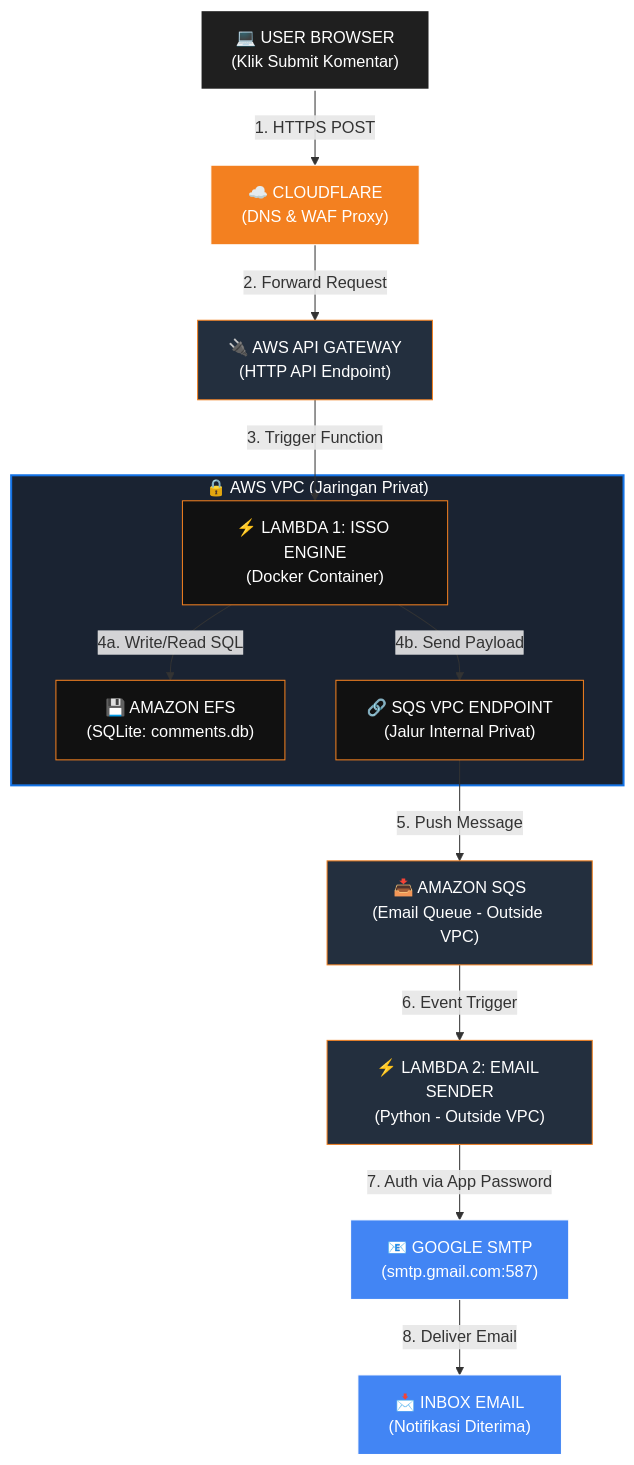
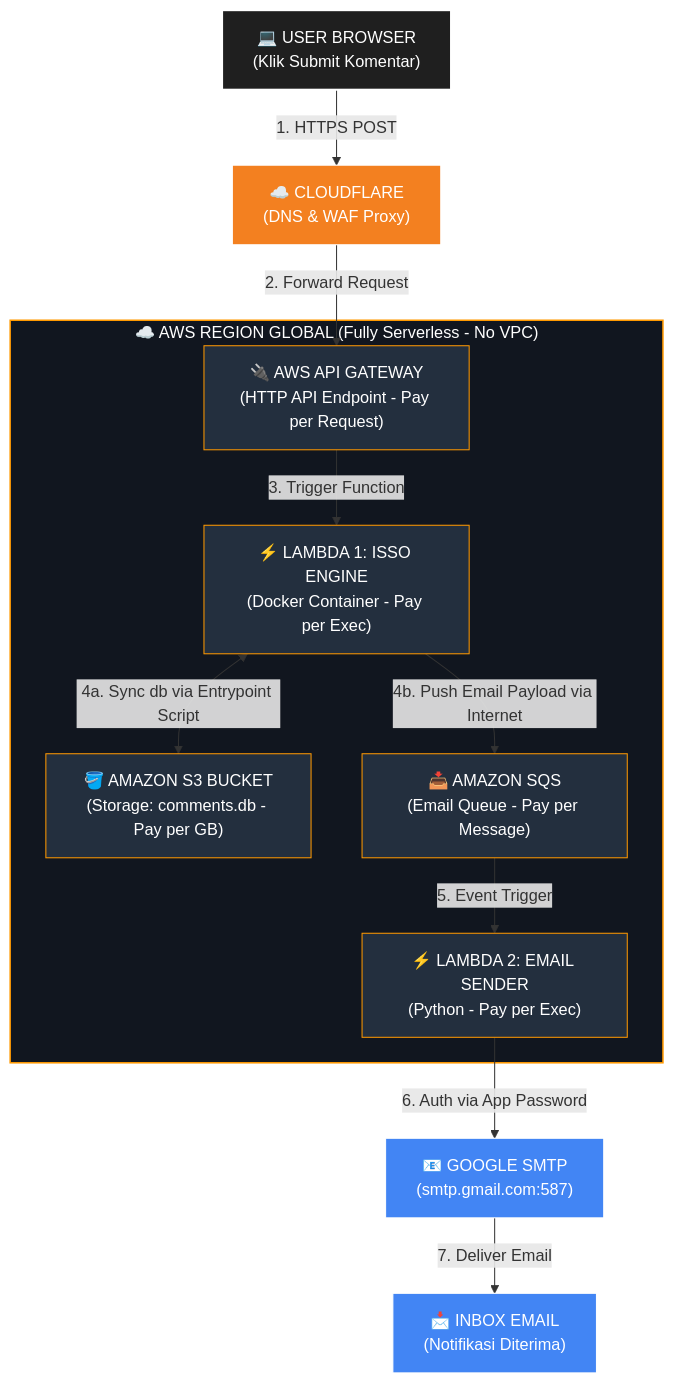
Before and after one commit to AdienDendra/architect-web: the diagram in content.id/projects/web-isso-comment-lambda.md, drawn with Mermaid. The commit also changed 2 other files, not shown here.

Commit message:
update issowip

```diff
--- a/content.id/projects/web-isso-comment-lambda.md
+++ b/content.id/projects/web-isso-comment-lambda.md
@@ -10,45 +10,42 @@
 {{< mermaid >}}
 
 graph TD
-    %% Define Styles and Themes
-    classDef user fill:#1f1f1f,stroke:#ffff,stroke-width:2px,color:#fff;
+    %% Define Styles and Themes (Disesuaikan dengan nuansa dark-mode Mas)
+    classDef user fill:#1f1f1f,stroke:#fff,stroke-width:2px,color:#fff;
     classDef cloudflare fill:#f38020,stroke:#fff,stroke-width:1px,color:#fff;
-    classDef awsPublic fill:#232F3E,stroke:#f38020,stroke-width:1px,color:#fff;
-    classDef awsVpc fill:#3b4856,stroke:#fff,stroke-width:2px,color:#fff;
-    classDef internal fill:#111,stroke:#f38020,stroke-width:1px,color:#fff;
+    classDef awsServerless fill:#232F3E,stroke:#ff9900,stroke-width:1px,color:#fff;
     classDef google fill:#4285F4,stroke:#fff,stroke-width:1px,color:#fff;
 
     %% Nodes Configuration
     User["💻 USER BROWSER<br>(Klik Submit Komentar)"]:::user
     CF["☁️ CLOUDFLARE<br>(DNS & WAF Proxy)"]:::cloudflare
-    APIGW["🔌 AWS API GATEWAY<br>(HTTP API Endpoint)"]:::awsPublic
-    SQS["📥 AMAZON SQS<br>(Email Queue - Outside VPC)"]:::awsPublic
-    Lambda2["⚡ LAMBDA 2: EMAIL SENDER<br>(Python - Outside VPC)"]:::awsPublic
+    
+    subgraph AWS ["☁️ AWS REGION GLOBAL (Fully Serverless - No VPC)"]
+        APIGW["🔌 AWS API GATEWAY<br>(HTTP API Endpoint - Pay per Request)"]:::awsServerless
+        Lambda1["⚡ LAMBDA 1: ISSO ENGINE<br>(Docker Container - Pay per Exec)"]:::awsServerless
+        S3["🪣 AMAZON S3 BUCKET<br>(Storage: comments.db - Pay per GB)"]:::awsServerless
+        SQS["📥 AMAZON SQS<br>(Email Queue - Pay per Message)"]:::awsServerless
+        Lambda2["⚡ LAMBDA 2: EMAIL SENDER<br>(Python - Pay per Exec)"]:::awsServerless
+    end
+    
     Gmail["📧 GOOGLE SMTP<br>(smtp.gmail.com:587)"]:::google
     Inbox["📩 INBOX EMAIL<br>(Notifikasi Diterima)"]:::google
 
-    subgraph VPC ["🔒 AWS VPC (Jaringan Privat)"]
-        Lambda1["⚡ LAMBDA 1: ISSO ENGINE<br>(Docker Container)"]:::internal
-        EFS["💾 AMAZON EFS<br>(SQLite: comments.db)"]:::internal
-        VPCE["🔗 SQS VPC ENDPOINT<br>(Jalur Internal Privat)"]:::internal
-    end
-
-    %% Flow Connections
+    %% Flow Connections (Aliran Data Real-Time)
     User -->|1. HTTPS POST| CF
     CF -->|2. Forward Request| APIGW
     APIGW -->|3. Trigger Function| Lambda1
     
-    %% Inside VPC Operations
-    Lambda1 -->|4a. Write/Read SQL| EFS
-    Lambda1 -->|4b. Send Payload| VPCE
-    VPCE -->|5. Push Message| SQS
+    %% Lambda 1 Serverless Sync & Queue
+    Lambda1 <-->|4a. Sync db via Entrypoint Script| S3
+    Lambda1 -->|4b. Push Email Payload via Internet| SQS
     
     %% Async Email Operations
-    SQS -->|6. Event Trigger| Lambda2
-    Lambda2 -->|7. Auth via App Password| Gmail
-    Gmail -->|8. Deliver Email| Inbox
+    SQS -->|5. Event Trigger| Lambda2
+    Lambda2 -->|6. Auth via App Password| Gmail
+    Gmail -->|7. Deliver Email| Inbox
 
     %% Assign Subgraph Style
-    style VPC fill:#1a2332,stroke:#1473e6,stroke-width:2px,color:#fff
+    style AWS fill:#11161f,stroke:#ff9900,stroke-width:1.5px,color:#fff
 
     {{< /mermaid >}}
```
